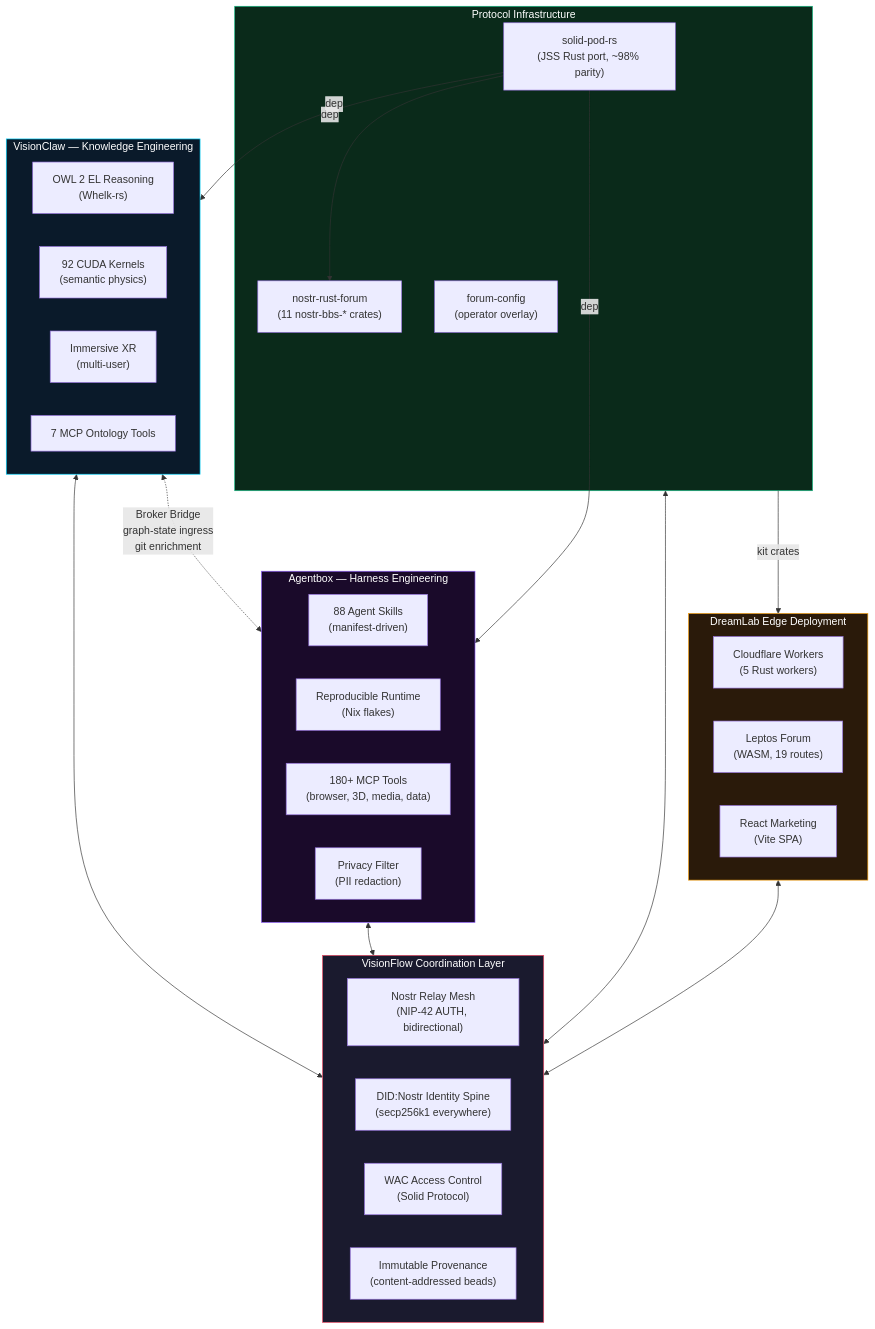
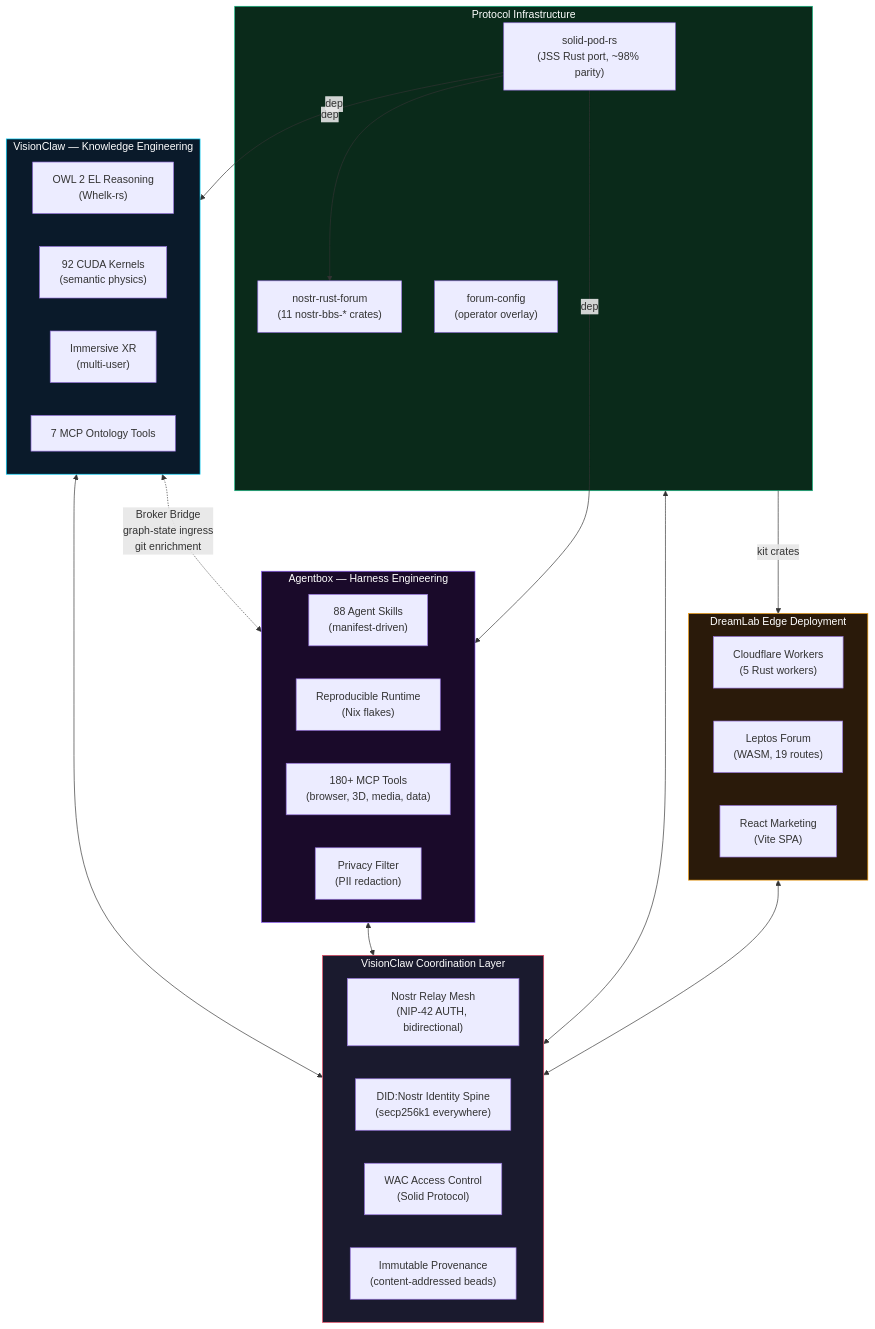
The first of 3 diagrams in docs/explanation/visionflow-coordination-platform.md (shaneholloman/logseq-spring-thing), drawn with Mermaid before and after one commit. The commit also changed other lines of this file and 883 other files, not shown here.

````diff
--- a/docs/explanation/visionflow-coordination-platform.md
+++ b/docs/explanation/visionflow-coordination-platform.md
@@ -20,53 +20,53 @@
 ```mermaid
 flowchart TB
-    subgraph VF["VisionFlow Coordination Layer"]
+    subgraph VF["VisionClaw Coordination Layer"]
         direction LR
         MESH["Nostr Relay Mesh\n(NIP-42 AUTH, bidirectional)"]
         DID["DID:Nostr Identity Spine\n(secp256k1 everywhere)"]
         WAC["WAC Access Control\n(Solid Protocol)"]
         PROV["Immutable Provenance\n(content-addressed beads)"]
     end
 
     subgraph VC["VisionClaw — Knowledge Engineering"]
         OWL["OWL 2 EL Reasoning\n(Whelk-rs)"]
         GPU["92 CUDA Kernels\n(semantic physics)"]
         XR["Immersive XR\n(multi-user)"]
         MCP_VC["7 MCP Ontology Tools"]
     end
 
     subgraph AB["Agentbox — Harness Engineering"]
         AGENTS["88 Agent Skills\n(manifest-driven)"]
         NIX["Reproducible Runtime\n(Nix flakes)"]
         TOOLS["180+ MCP Tools\n(browser, 3D, media, data)"]
         PRIV["Privacy Filter\n(PII redaction)"]
     end
 
     subgraph PROTO["Protocol Infrastructure"]
         SPR["solid-pod-rs\n(JSS Rust port, ~98% parity)"]
         NRF["nostr-rust-forum\n(11 nostr-bbs-* crates)"]
         FC["forum-config\n(operator overlay)"]
     end
 
     subgraph EDGE["DreamLab Edge Deployment"]
         CF["Cloudflare Workers\n(5 Rust workers)"]
         FORUM["Leptos Forum\n(WASM, 19 routes)"]
         SITE["React Marketing\n(Vite SPA)"]
     end
 
     VC <--> VF
     AB <--> VF
     PROTO <--> VF
     EDGE <--> VF
 
     VC <-.->|"Broker Bridge\ngraph-state ingress\ngit enrichment"| AB
     PROTO -->|"kit crates"| EDGE
     SPR -->|"dep"| NRF
     SPR -->|"dep"| AB
     SPR -->|"dep"| VC
 
     style VF fill:#1a1a2e,stroke:#e94560,color:#fff
     style VC fill:#0a1a2a,stroke:#00d4ff,color:#fff
     style AB fill:#1a0a2a,stroke:#8b5cf6,color:#fff
     style PROTO fill:#0a2a1a,stroke:#10b981,color:#fff
     style EDGE fill:#2a1a0a,stroke:#f59e0b,color:#fff
 ```
````
